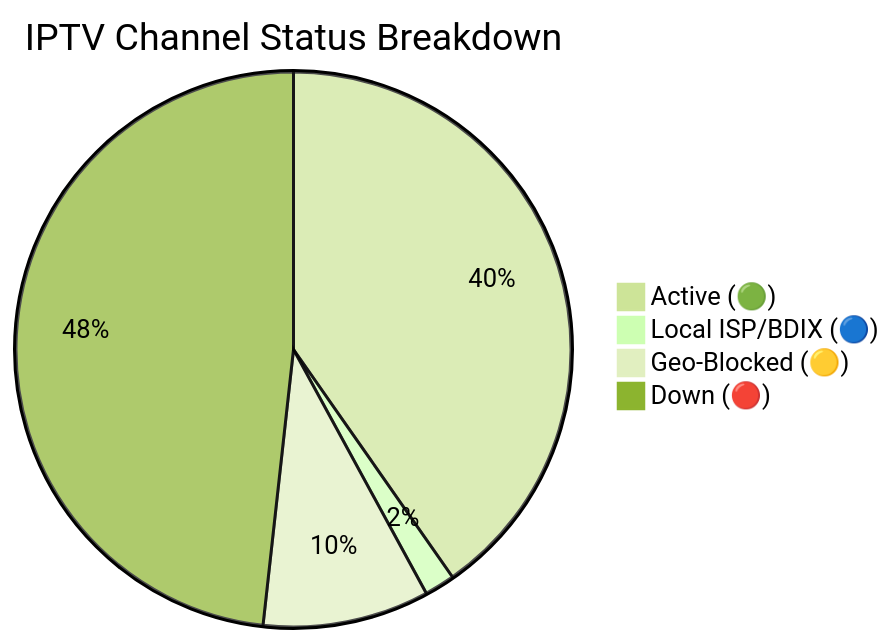
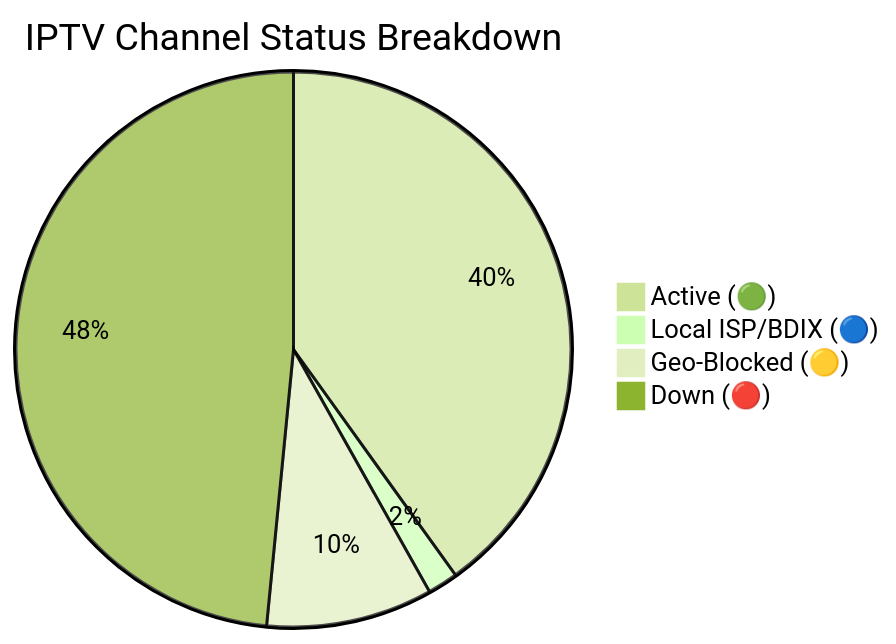
The diagram in README.md (andreataylord/Ip-tv-Collection), drawn with Mermaid (forest theme) before and after one commit. The commit also changed other lines of this file and 1 other file, not shown here.

Commit message:
docs(readme): auto-update daily channel status chart

````diff
--- a/README.md
+++ b/README.md
@@ -59,7 +59,7 @@
 ```mermaid
 pie title IPTV Channel Status Breakdown
-    "Active (🟢)" : 2919
+    "Active (🟢)" : 2904
     "Local ISP/BDIX (🔵)" : 128
     "Geo-Blocked (🟡)" : 702
-    "Down (🔴)" : 3495
+    "Down (🔴)" : 3510
 ```
````
